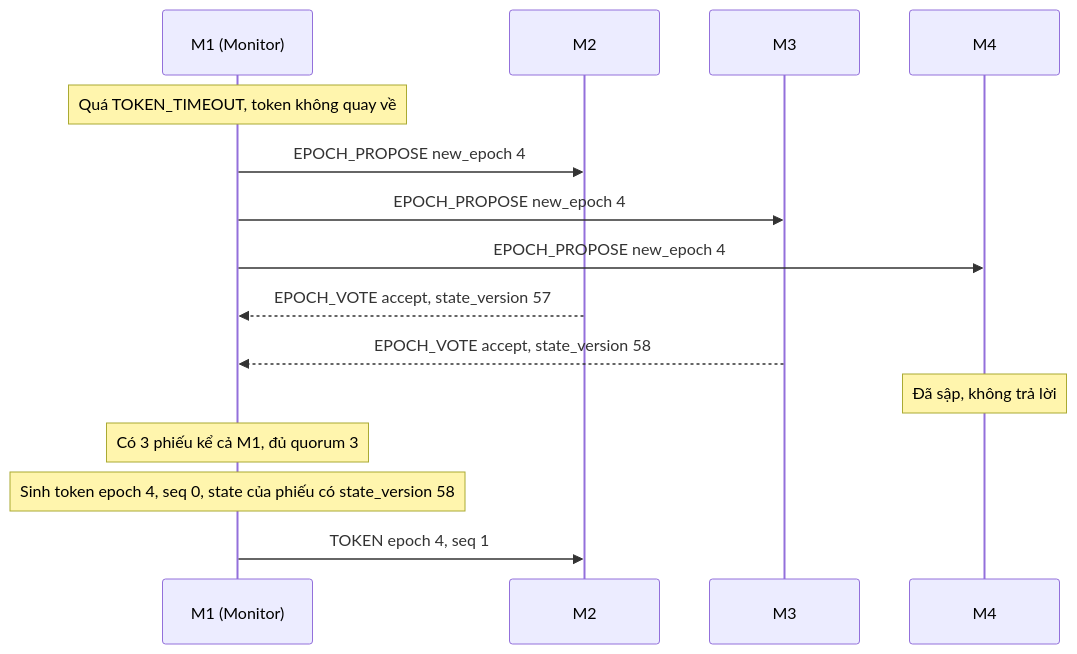
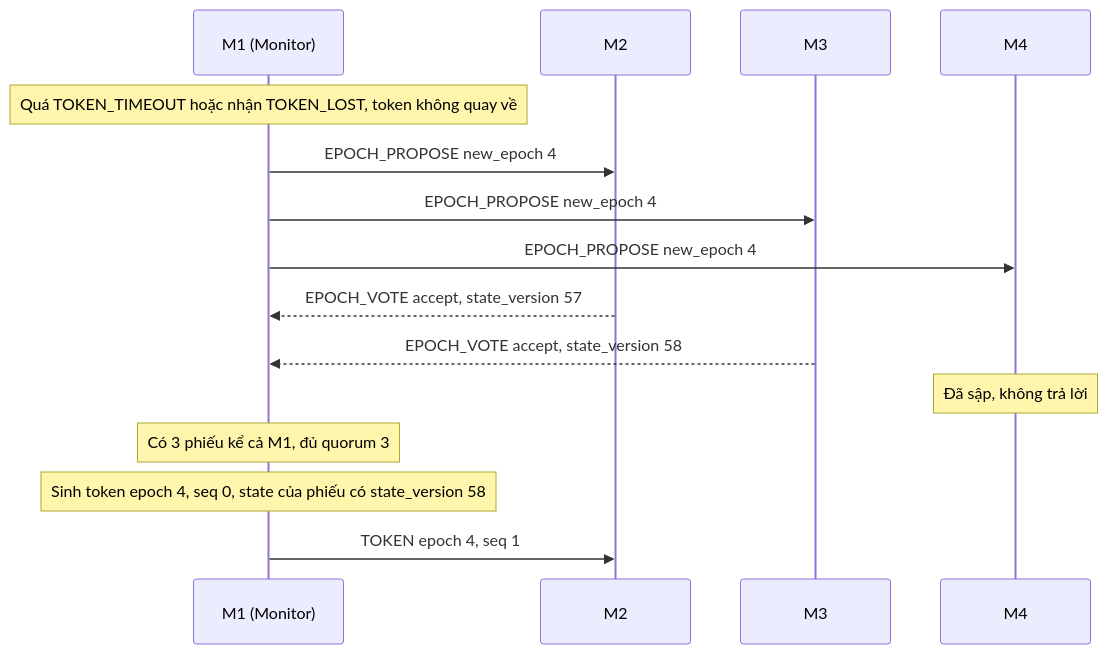
One commit to anqp5002/Giai_thuat_token_ring changed the third of 6 diagrams in docs/PROTOCOL.md. Above: the diagram before and after it, drawn with Mermaid. The commit also changed other lines of this file, not shown here.

Commit message:
docs: PROTOCOL r2 - khoi dong lanh, TOKEN_LOST, submit request_id, loan_id va state_hash, gioi han bo sung

````diff
--- a/docs/PROTOCOL.md
+++ b/docs/PROTOCOL.md
@@ -240,17 +293,17 @@
 ```mermaid
 sequenceDiagram
     participant M1 as M1 (Monitor)
     participant M2
     participant M3
     participant M4
-    Note over M1: Quá TOKEN_TIMEOUT, token không quay về
+    Note over M1: Quá TOKEN_TIMEOUT hoặc nhận TOKEN_LOST, token không quay về
     M1->>M2: EPOCH_PROPOSE new_epoch 4
     M1->>M3: EPOCH_PROPOSE new_epoch 4
     M1->>M4: EPOCH_PROPOSE new_epoch 4
     M2-->>M1: EPOCH_VOTE accept, state_version 57
     M3-->>M1: EPOCH_VOTE accept, state_version 58
     Note over M4: Đã sập, không trả lời
     Note over M1: Có 3 phiếu kể cả M1, đủ quorum 3
     Note over M1: Sinh token epoch 4, seq 0, state của phiếu có state_version 58
     M1->>M2: TOKEN epoch 4, seq 1
 ```
````
